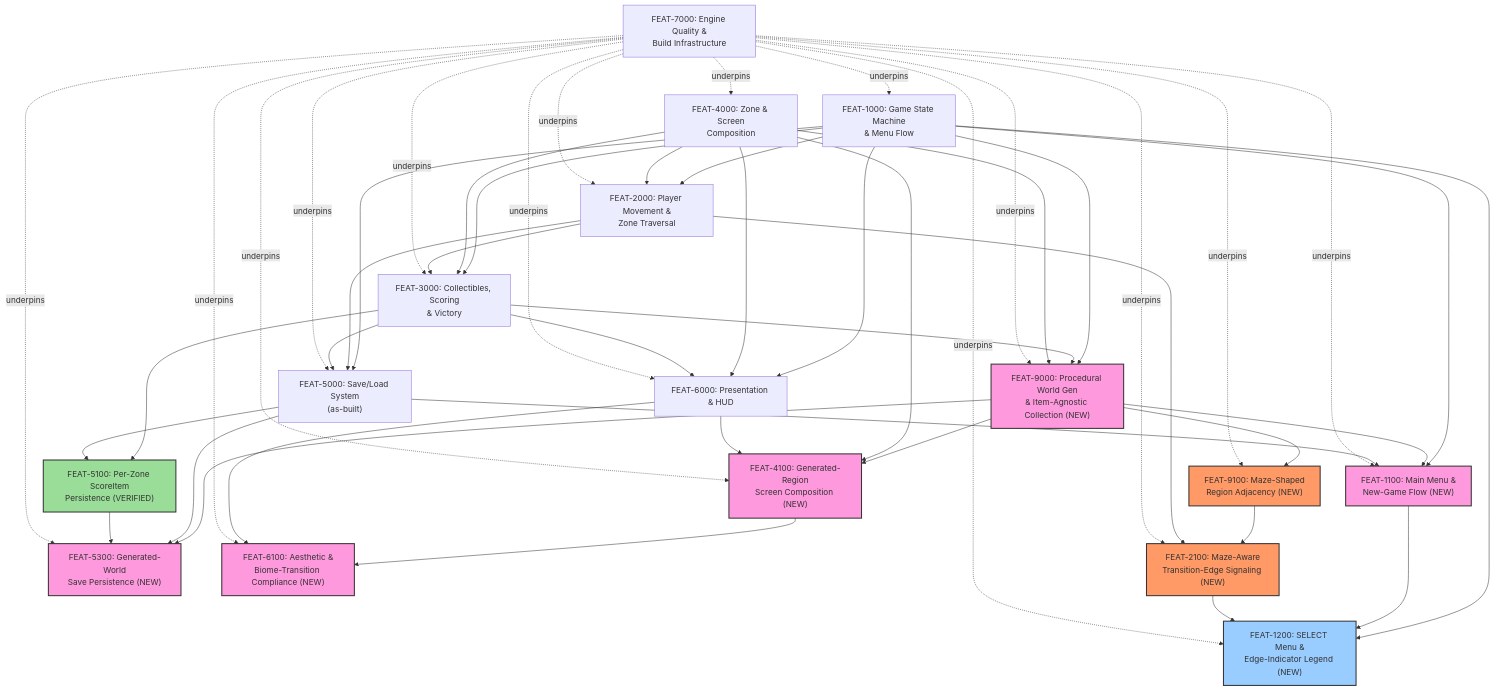
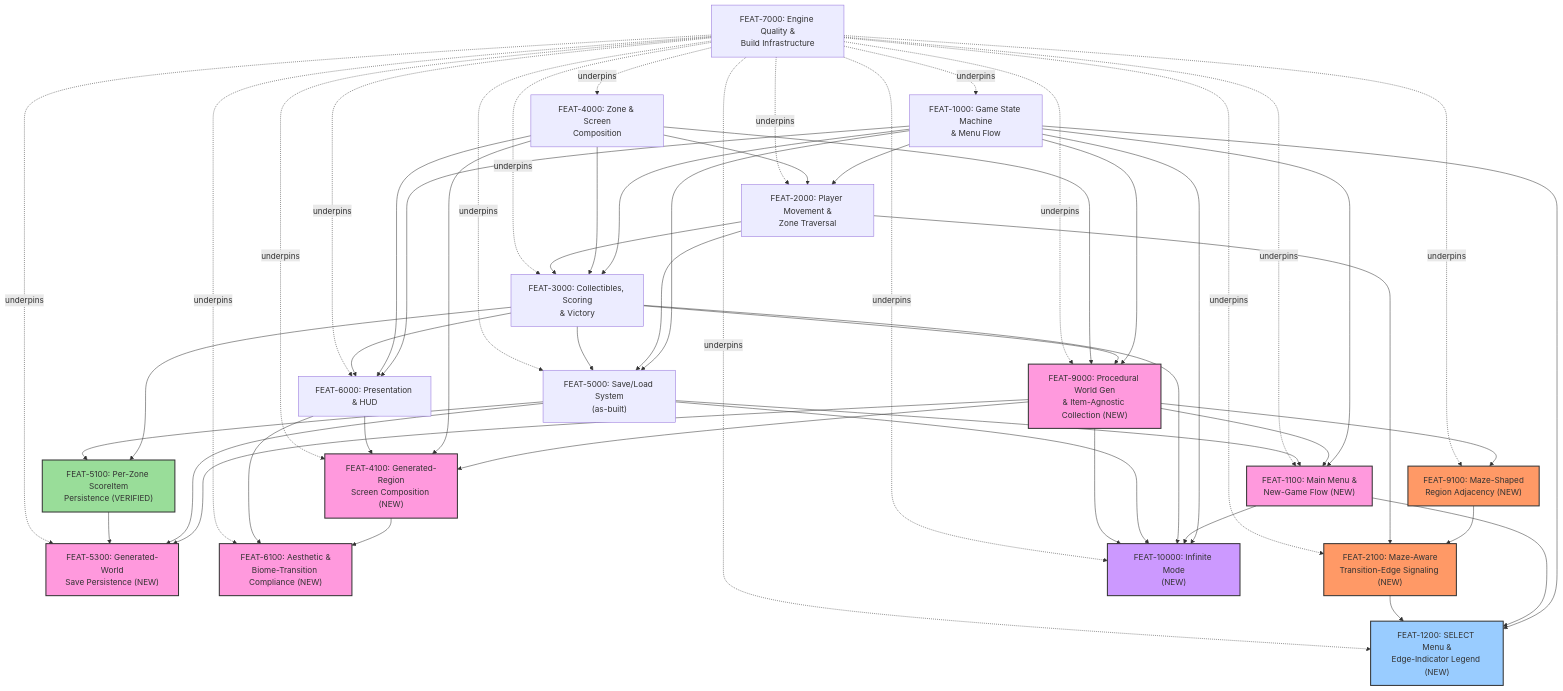
Before and after one commit to Zabin/RsGame: the diagram in docs/feature-planning/04-feature-dependency-graph.md, drawn with Mermaid. The commit also changed other lines of this file and 6 other files, not shown here.

First line of the commit message:
docs(feature-planning): FEAT-10000 Infinite Mode + EP-6000, closes BL-0102 tally gap

````diff
--- a/docs/feature-planning/04-feature-dependency-graph.md
+++ b/docs/feature-planning/04-feature-dependency-graph.md
@@ -26,6 +27,7 @@
     FEAT9100["FEAT-9100: Maze-Shaped<br/>Region Adjacency (NEW)"]
     FEAT2100["FEAT-2100: Maze-Aware<br/>Transition-Edge Signaling (NEW)"]
     FEAT1200["FEAT-1200: SELECT Menu &<br/>Edge-Indicator Legend (NEW)"]
+    FEAT10000["FEAT-10000: Infinite Mode<br/>(NEW)"]
 
     FEAT1000 --> FEAT2000
     FEAT1000 --> FEAT3000
@@ -61,6 +63,11 @@
     FEAT1000 --> FEAT1200
     FEAT1100 --> FEAT1200
     FEAT2100 --> FEAT1200
+    FEAT1000 --> FEAT10000
+    FEAT1100 --> FEAT10000
+    FEAT3000 --> FEAT10000
+    FEAT5000 --> FEAT10000
+    FEAT9000 --> FEAT10000
 
     FEAT7000 -.underpins.-> FEAT1000
     FEAT7000 -.underpins.-> FEAT2000
@@ -76,6 +83,7 @@
     FEAT7000 -.underpins.-> FEAT9100
     FEAT7000 -.underpins.-> FEAT2100
     FEAT7000 -.underpins.-> FEAT1200
+    FEAT7000 -.underpins.-> FEAT10000
 
     style FEAT5100 fill:#9d9,stroke:#333,stroke-width:2px
     style FEAT9000 fill:#f9d,stroke:#333,stroke-width:2px
@@ -86,4 +94,5 @@
     style FEAT9100 fill:#f96,stroke:#333,stroke-width:2px
     style FEAT2100 fill:#f96,stroke:#333,stroke-width:2px
     style FEAT1200 fill:#9cf,stroke:#333,stroke-width:2px
+    style FEAT10000 fill:#c9f,stroke:#333,stroke-width:2px
 ```
````
